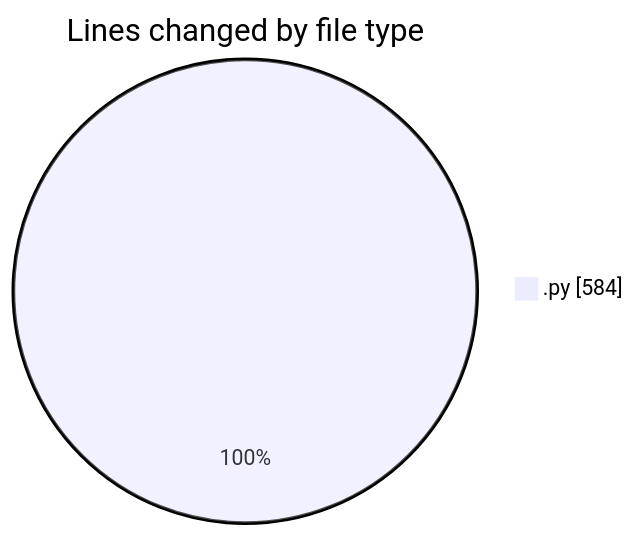
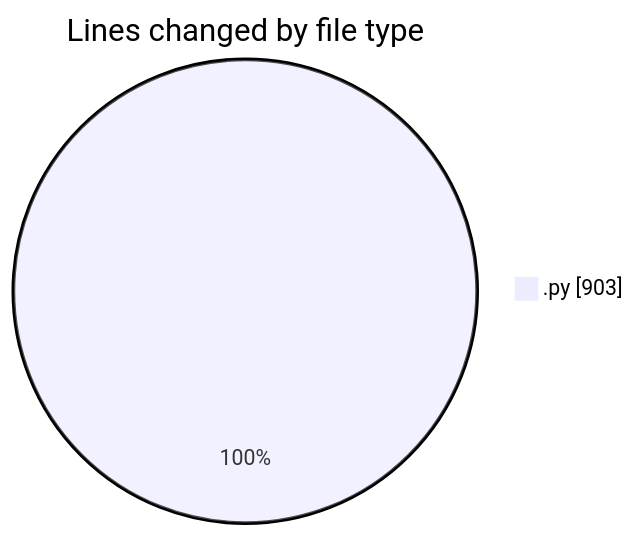
The first of 2 diagrams in 2025-07-28/refunds/README.md (EIIisD/code-tracking), drawn with Mermaid before and after one commit. The commit also changed other lines of this file and 1 other file, not shown here.

````diff
--- a/2025-07-28/refunds/README.md
+++ b/2025-07-28/refunds/README.md
@@ -20,5 +21,5 @@
 ```mermaid
 pie showData
 title Lines changed by file type
-".py" : 584
+".py" : 903
 ```
````
